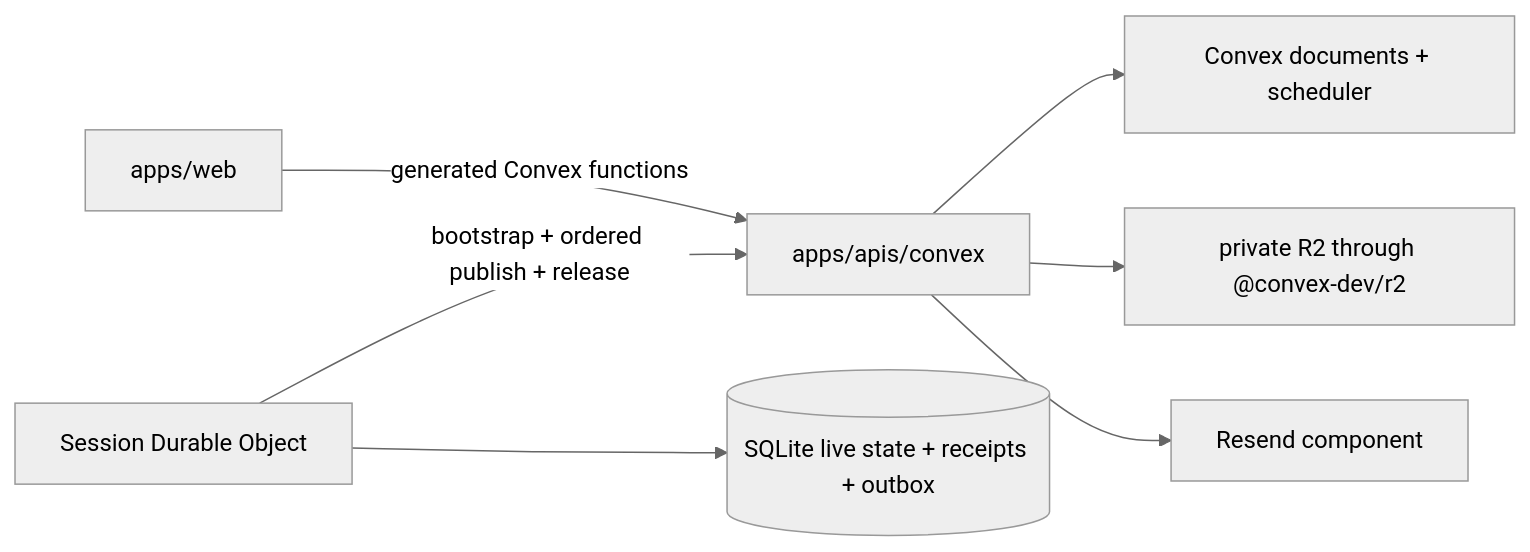
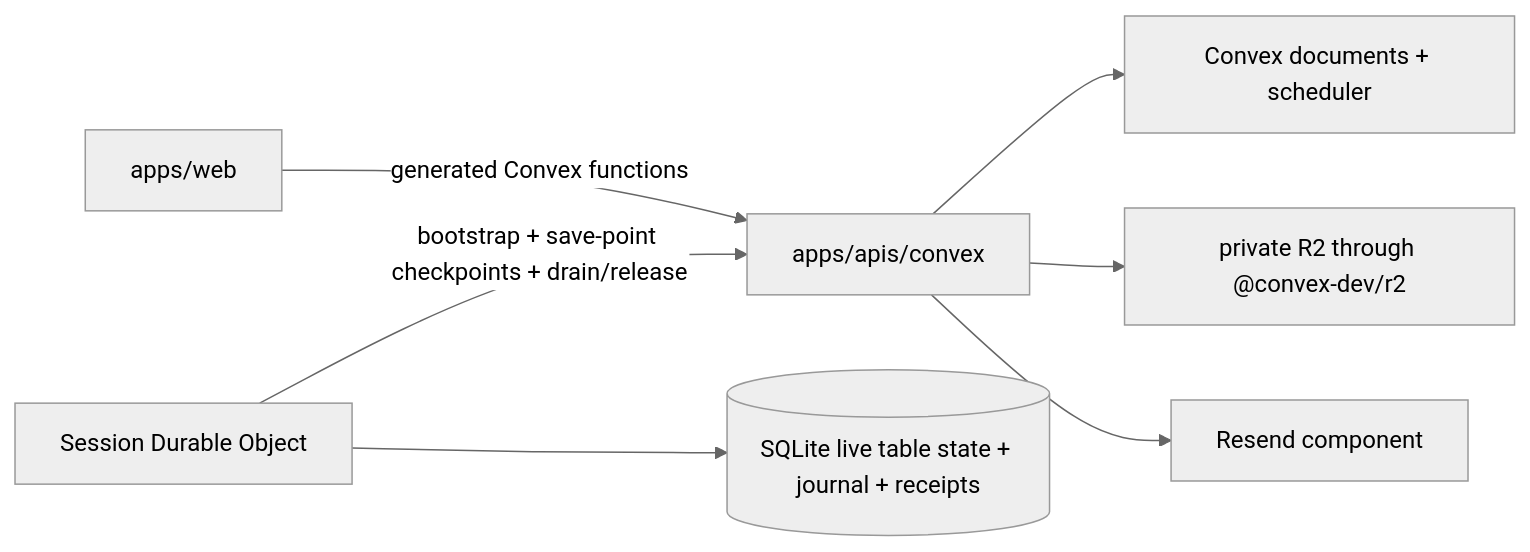
Before and after one commit to MPiland/artificer-toolkit: the first of 2 diagrams in apps/apis/README.md, drawn with Mermaid (neutral theme). The commit also changed other lines of this file and 5 other files, not shown here.

First line of the commit message:
PERF-3.T1: architecture guides describe the room-authoritative design

````diff
--- a/apps/apis/README.md
+++ b/apps/apis/README.md
@@ -11,9 +11,9 @@
 ```mermaid
 flowchart LR
   Web["apps/web"] -->|generated Convex functions| Api["apps/apis/convex"]
   Api --> Db["Convex documents + scheduler"]
   Api --> Media["private R2 through @convex-dev/r2"]
   Api --> Email["Resend component"]
-  Worker["Session Durable Object"] -->|bootstrap + ordered publish + release| Api
-  Worker --> Live[("SQLite live state + receipts + outbox")]
+  Worker["Session Durable Object"] -->|bootstrap + save-point checkpoints + drain/release| Api
+  Worker --> Live[("SQLite live table state + journal + receipts")]
 ```
````
